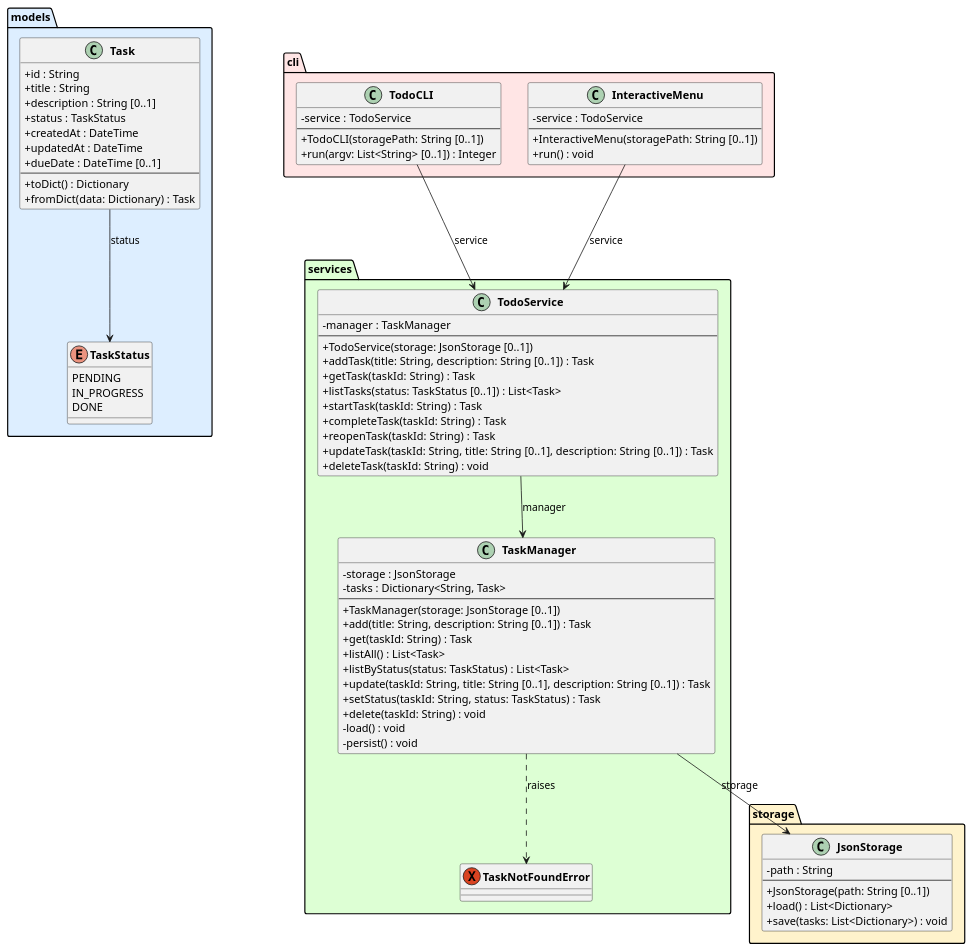
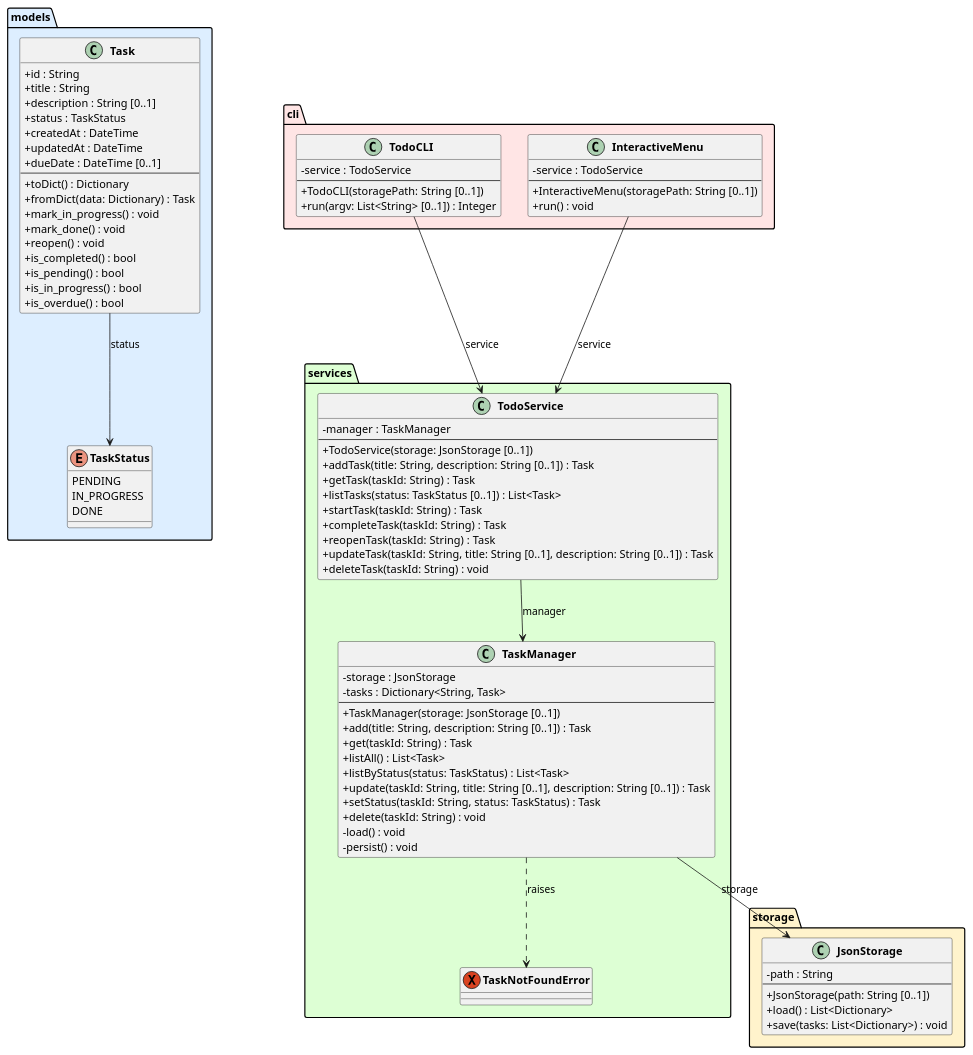
One commit to DanielRiha8906/Software_autoevolution_using_agents changed the diagram in experiments/pipeline/test_driven/TODO/artifacts/class_diagram.puml. Above: the diagram before and after it, drawn with PlantUML. The commit also changed 4 other files, not shown here.

```diff
--- a/experiments/pipeline/test_driven/TODO/artifacts/class_diagram.puml
+++ b/experiments/pipeline/test_driven/TODO/artifacts/class_diagram.puml
@@ -1,94 +1,101 @@
 @startuml class_diagram
 
 skinparam classAttributeIconSize 0
 skinparam classFontStyle bold
 
 package "models" #DDEEFF {
     enum TaskStatus {
         PENDING
         IN_PROGRESS
         DONE
     }
 
     class Task {
         +id : String
         +title : String
         +description : String [0..1]
         +status : TaskStatus
         +createdAt : DateTime
         +updatedAt : DateTime
         +dueDate : DateTime [0..1]
         --
         +toDict() : Dictionary
         +fromDict(data: Dictionary) : Task
+        +mark_in_progress() : void
+        +mark_done() : void
+        +reopen() : void
+        +is_completed() : bool
+        +is_pending() : bool
+        +is_in_progress() : bool
+        +is_overdue() : bool
     }
 }
 
 package "storage" #FFF3CC {
     class JsonStorage {
         -path : String
         --
         +JsonStorage(path: String [0..1])
         +load() : List<Dictionary>
         +save(tasks: List<Dictionary>) : void
     }
 }
 
 package "services" #DDFFD4 {
     exception TaskNotFoundError
 
     class TaskManager {
         -storage : JsonStorage
         -tasks : Dictionary<String, Task>
         --
         +TaskManager(storage: JsonStorage [0..1])
         +add(title: String, description: String [0..1]) : Task
         +get(taskId: String) : Task
         +listAll() : List<Task>
         +listByStatus(status: TaskStatus) : List<Task>
         +update(taskId: String, title: String [0..1], description: String [0..1]) : Task
         +setStatus(taskId: String, status: TaskStatus) : Task
         +delete(taskId: String) : void
         -load() : void
         -persist() : void
     }
 
     class TodoService {
         -manager : TaskManager
         --
         +TodoService(storage: JsonStorage [0..1])
         +addTask(title: String, description: String [0..1]) : Task
         +getTask(taskId: String) : Task
         +listTasks(status: TaskStatus [0..1]) : List<Task>
         +startTask(taskId: String) : Task
         +completeTask(taskId: String) : Task
         +reopenTask(taskId: String) : Task
         +updateTask(taskId: String, title: String [0..1], description: String [0..1]) : Task
         +deleteTask(taskId: String) : void
     }
 }
 
 package "cli" #FFE5E5 {
     class TodoCLI {
         -service : TodoService
         --
         +TodoCLI(storagePath: String [0..1])
         +run(argv: List<String> [0..1]) : Integer
     }
 
     class InteractiveMenu {
         -service : TodoService
         --
         +InteractiveMenu(storagePath: String [0..1])
         +run() : void
     }
 }
 
 Task --> TaskStatus : status
 TaskManager --> JsonStorage : storage
 TaskManager ..> TaskNotFoundError : raises
 TodoService --> TaskManager : manager
 TodoCLI --> TodoService : service
 InteractiveMenu --> TodoService : service
 
 @enduml
```
